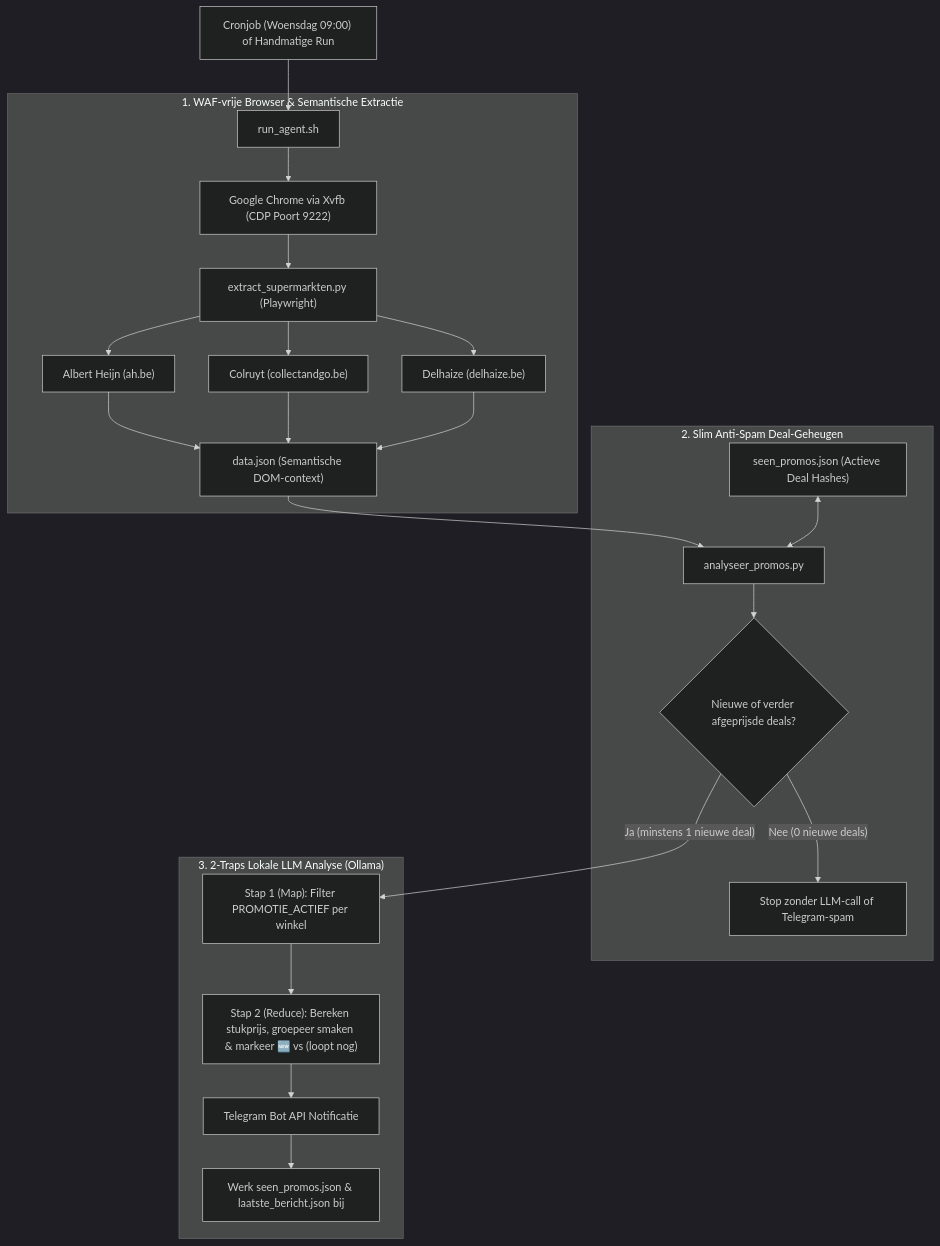
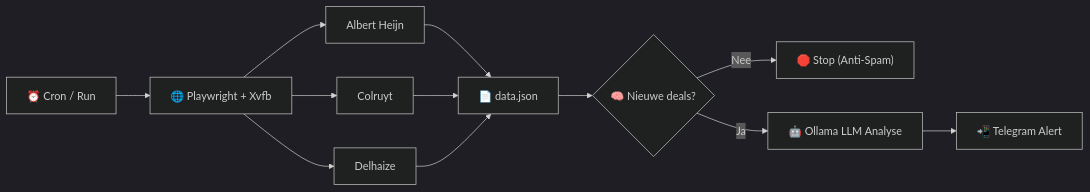
One commit to bavobbr/proteine-agent changed the diagram in README.md. Above: the diagram before and after it, drawn with Mermaid (dark theme).

Commit message:
Make Mermaid diagram compact and horizontal (flowchart LR)

````diff
--- a/README.md
+++ b/README.md
@@ -9,27 +9,11 @@
 ```mermaid
-flowchart TD
-    Cron["Cronjob (Woensdag 09:00) of Handmatige Run"] --> RunScript["run_agent.sh"]
-    
-    subgraph Scraping ["1. WAF-vrije Browser & Semantische Extractie"]
-        RunScript --> Xvfb["Google Chrome via Xvfb (CDP Poort 9222)"]
-        Xvfb --> Scraper["extract_supermarkten.py (Playwright)"]
-        Scraper --> AH["Albert Heijn (ah.be)"]
-        Scraper --> Colruyt["Colruyt (collectandgo.be)"]
-        Scraper --> Delhaize["Delhaize (delhaize.be)"]
-        AH & Colruyt & Delhaize --> DataJSON["data.json (Semantische DOM-context)"]
-    end
+flowchart LR
+    Cron["⏰ Cron / Run"] --> Scraper["🌐 Playwright + Xvfb"]
 
-    subgraph Memory ["2. Slim Anti-Spam Deal-Geheugen"]
-        DataJSON --> Analyser["analyseer_promos.py"]
-        SeenJSON["seen_promos.json (Actieve Deal Hashes)"] <--> Analyser
-        Analyser --> CheckNew{"Nieuwe of verder afgeprijsde deals?"}
-        CheckNew -- "Nee (0 nieuwe deals)" --> Stop["Stop zonder LLM-call of Telegram-spam"]
-    end
+    Scraper --> AH["Albert Heijn"] & Colruyt["Colruyt"] & Delhaize["Delhaize"]
+    AH & Colruyt & Delhaize --> Data["📄 data.json"]
 
-    subgraph LLM ["3. 2-Traps Lokale LLM Analyse (Ollama)"]
-        CheckNew -- "Ja (minstens 1 nieuwe deal)" --> Step1["Stap 1 (Map): Filter PROMOTIE_ACTIEF per winkel"]
-        Step1 --> Step2["Stap 2 (Reduce): Bereken stukprijs, groepeer smaken & markeer 🆕 vs (loopt nog)"]
-        Step2 --> Telegram["Telegram Bot API Notificatie"]
-        Telegram --> UpdateSeen["Werk seen_promos.json & laatste_bericht.json bij"]
-    end
+    Data --> Geheugen{"🧠 Nieuwe deals?"}
+    Geheugen -- "Nee" --> Stop["🛑 Stop (Anti-Spam)"]
+    Geheugen -- "Ja" --> Ollama["🤖 Ollama LLM Analyse"] --> Telegram["📲 Telegram Alert"]
 ```
````
